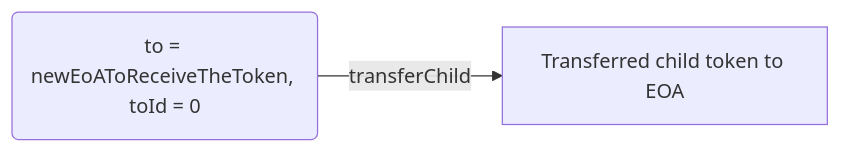
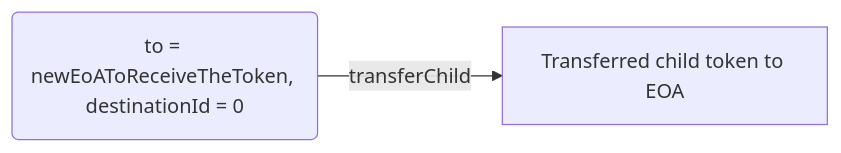
Before and after one commit to rmrk-team/NestingEIP: the fifth of 6 diagrams in README.md, drawn with Mermaid. The commit also changed other lines of this file, not shown here.

First line of the commit message:
Change toId to destinationId

````diff
--- a/README.md
+++ b/README.md
@@ -476,4 +476,4 @@
 ```mermaid
 graph LR
-    A(to = newEoAToReceiveTheToken, toId = 0) -->|transferChild| B[Transferred child token to EOA]
+    A(to = newEoAToReceiveTheToken, destinationId = 0) -->|transferChild| B[Transferred child token to EOA]
 ```
````
